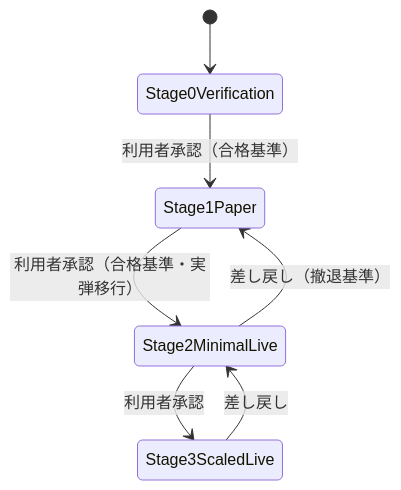
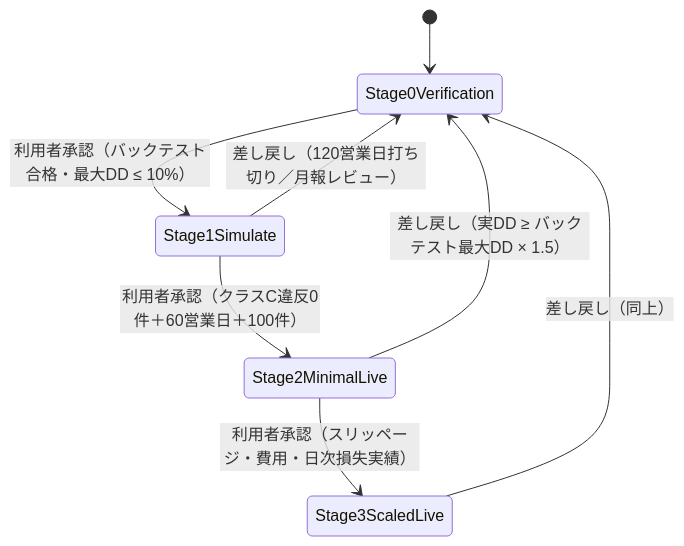
One commit to endazon/ai-stock-trading changed the diagram in docs/functional/FR-20_staged-gates.md. Above: the diagram before and after it, drawn with Mermaid. The commit also changed other lines of this file and 2 other files, not shown here.

````diff
--- a/docs/functional/FR-20_staged-gates.md
+++ b/docs/functional/FR-20_staged-gates.md
@@ -50,9 +163,10 @@
 ```mermaid
 stateDiagram-v2
   [*] --> Stage0Verification
-  Stage0Verification --> Stage1Paper: 利用者承認（合格基準）
-  Stage1Paper --> Stage2MinimalLive: 利用者承認（合格基準・実弾移行）
-  Stage2MinimalLive --> Stage3ScaledLive: 利用者承認
-  Stage2MinimalLive --> Stage1Paper: 差し戻し（撤退基準）
-  Stage3ScaledLive --> Stage2MinimalLive: 差し戻し
+  Stage0Verification --> Stage1Simulate: 利用者承認（バックテスト合格・最大DD ≤ 10%）
+  Stage1Simulate --> Stage2MinimalLive: 利用者承認（クラスC違反0件＋60営業日＋100件）
+  Stage2MinimalLive --> Stage3ScaledLive: 利用者承認（スリッページ・費用・日次損失実績）
+  Stage1Simulate --> Stage0Verification: 差し戻し（120営業日打ち切り／月報レビュー）
+  Stage2MinimalLive --> Stage0Verification: 差し戻し（実DD ≥ バックテスト最大DD × 1.5）
+  Stage3ScaledLive --> Stage0Verification: 差し戻し（同上）
 ```
````
